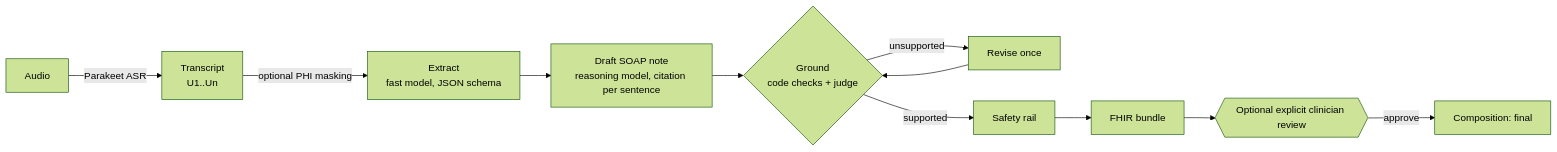
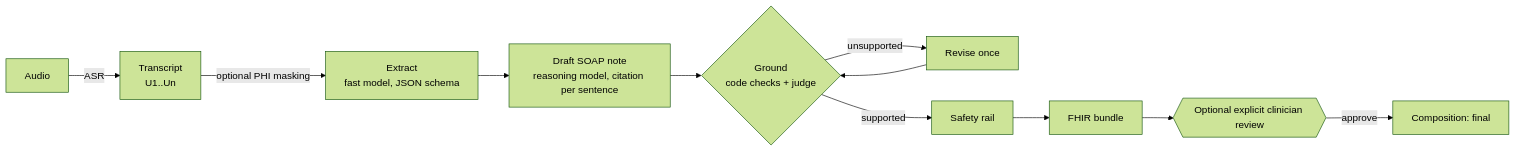
The first of 2 diagrams in README.md (AnhDuongVo/consult-to-note), drawn with Mermaid (forest theme) before and after one commit. The commit also changed other lines of this file, not shown here.

````diff
--- a/README.md
+++ b/README.md
@@ -63,12 +63,12 @@
 ```mermaid
 flowchart LR
-    A[Audio] -->|Parakeet ASR| T[Transcript<br/>U1..Un]
+    A[Audio] -->|ASR| T[Transcript<br/>U1..Un]
     T -->|optional PHI masking| X[Extract<br/>fast model, JSON schema]
     X --> D[Draft SOAP note<br/>reasoning model, citation per sentence]
     D --> G{Ground<br/>code checks + judge}
     G -->|unsupported| R[Revise once] --> G
     G -->|supported| S[Safety rail]
     S --> F[FHIR bundle]
     F --> H{{Optional explicit clinician review}}
     H -->|approve| Final[Composition: final]
 ```
````
